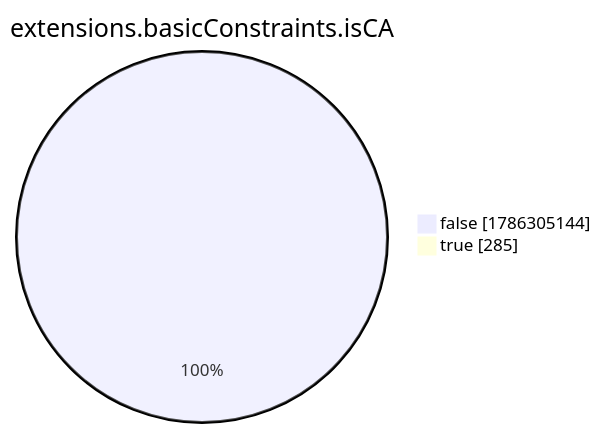
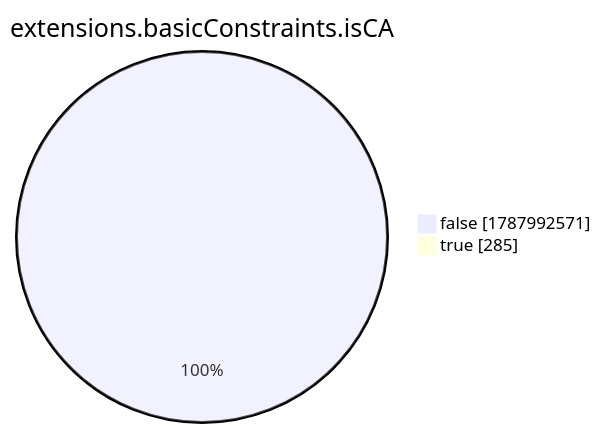
The eighth of 15 diagrams in xenon2022/README.md (christiankrug/ctmonitor_visualization), drawn with Mermaid before and after one commit. The commit also changed other lines of this file, not shown here.

````diff
--- a/xenon2022/README.md
+++ b/xenon2022/README.md
@@ -2868,6 +2868,6 @@
 ```mermaid
 pie showData
 title extensions.basicConstraints.isCA
-"false" :1786305144
+"false" :1787992571
 "true" :285
 ```
````
